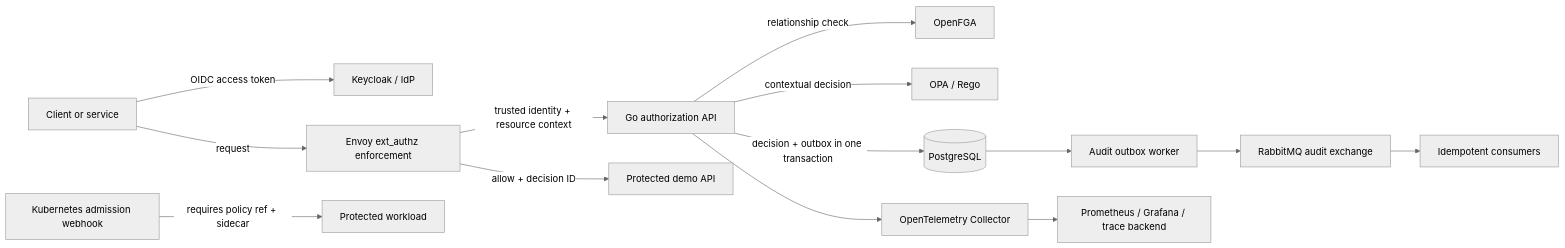
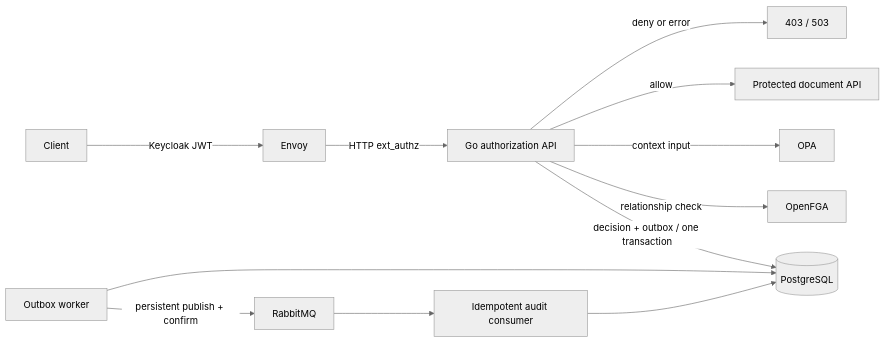
Before and after one commit to mmmihaeel/go-authorization-platform: the diagram in README.md, drawn with Mermaid (neutral theme). The commit also changed other lines of this file and 89 other files, not shown here.

````diff
--- a/README.md
+++ b/README.md
@@ -34,16 +9,14 @@
 ```mermaid
 flowchart LR
-    Client[Client or service] -->|OIDC access token| KC[Keycloak / IdP]
-    Client -->|request| Envoy[Envoy ext_authz enforcement]
-    Envoy -->|trusted identity + resource context| API[Go authorization API]
-    API -->|relationship check| FGA[OpenFGA]
-    API -->|contextual decision| OPA[OPA / Rego]
-    API -->|decision + outbox in one transaction| PG[(PostgreSQL)]
-    PG --> Worker[Audit outbox worker]
-    Worker --> MQ[RabbitMQ audit exchange]
-    MQ --> Consumer[Idempotent consumers]
-    API --> OTel[OpenTelemetry Collector]
-    OTel --> Obs[Prometheus / Grafana / trace backend]
-    Envoy -->|allow + decision ID| Resource[Protected demo API]
-    Admission[Kubernetes admission webhook] -->|requires policy ref + sidecar| Workload[Protected workload]
+    C[Client] -->|Keycloak JWT| E[Envoy]
+    E -->|HTTP ext_authz| A[Go authorization API]
+    A -->|relationship check| F[OpenFGA]
+    A -->|context input| O[OPA]
+    A -->|decision + outbox / one transaction| P[(PostgreSQL)]
+    A -->|allow| R[Protected document API]
+    A -->|deny or error| D[403 / 503]
+    W[Outbox worker] --> P
+    W -->|persistent publish + confirm| Q[RabbitMQ]
+    Q --> I[Idempotent audit consumer]
+    I --> P
 ```
````
